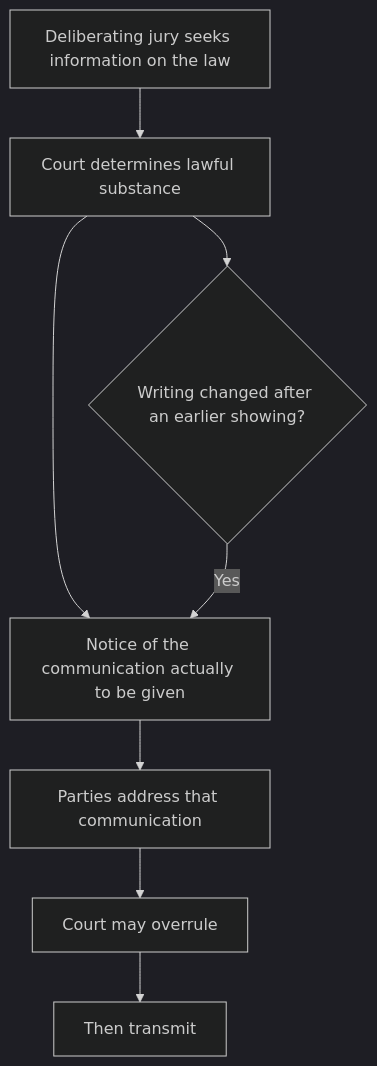
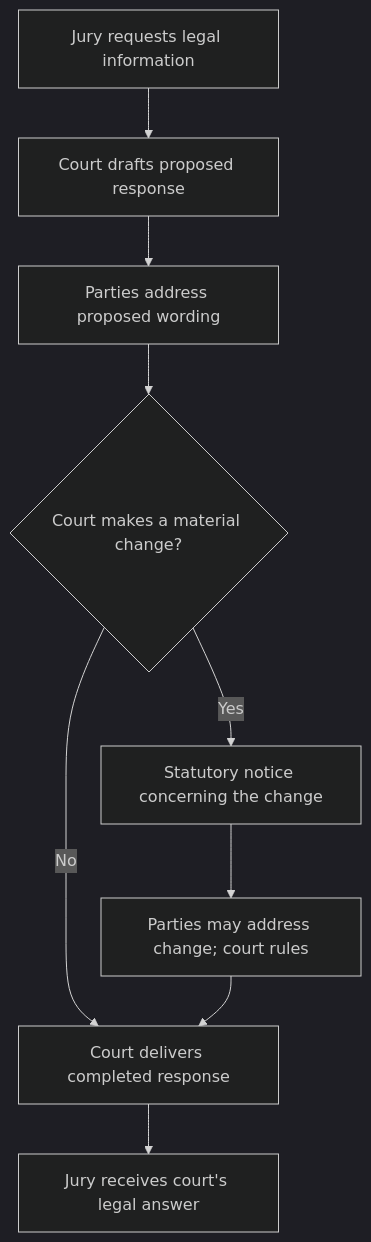
One commit to SFCALEGAL/CSAA-ABDELHALIM-WONG-PSA-CSK changed the seventh of 7 diagrams in QUESTION.md. Above: the diagram before and after it, drawn with Mermaid (dark theme). The commit also changed other lines of this file, not shown here.

First line of the commit message:
Enhance QUESTION.md to clarify procedural implications of jury responses

````diff
--- a/QUESTION.md
+++ b/QUESTION.md
@@ -590,10 +512,11 @@
 ```mermaid
 flowchart TD
-  A[Deliberating jury seeks information on the law] --> B[Court determines lawful substance]
-  B --> C[Notice of the communication actually to be given]
-  C --> D[Parties address that communication]
-  D --> E[Court may overrule]
-  E --> F[Then transmit]
-  B --> G{Writing changed after an earlier showing?}
-  G -->|Yes| C
+  A[Jury requests legal information] --> B[Court drafts proposed response]
+  B --> C[Parties address proposed wording]
+  C --> D{Court makes a material change?}
+  D -->|Yes| E[Statutory notice concerning the change]
+  D -->|No| G[Court delivers completed response]
+  E --> F[Parties may address change; court rules]
+  F --> G
+  G --> H[Jury receives court's legal answer]
 ```
````
